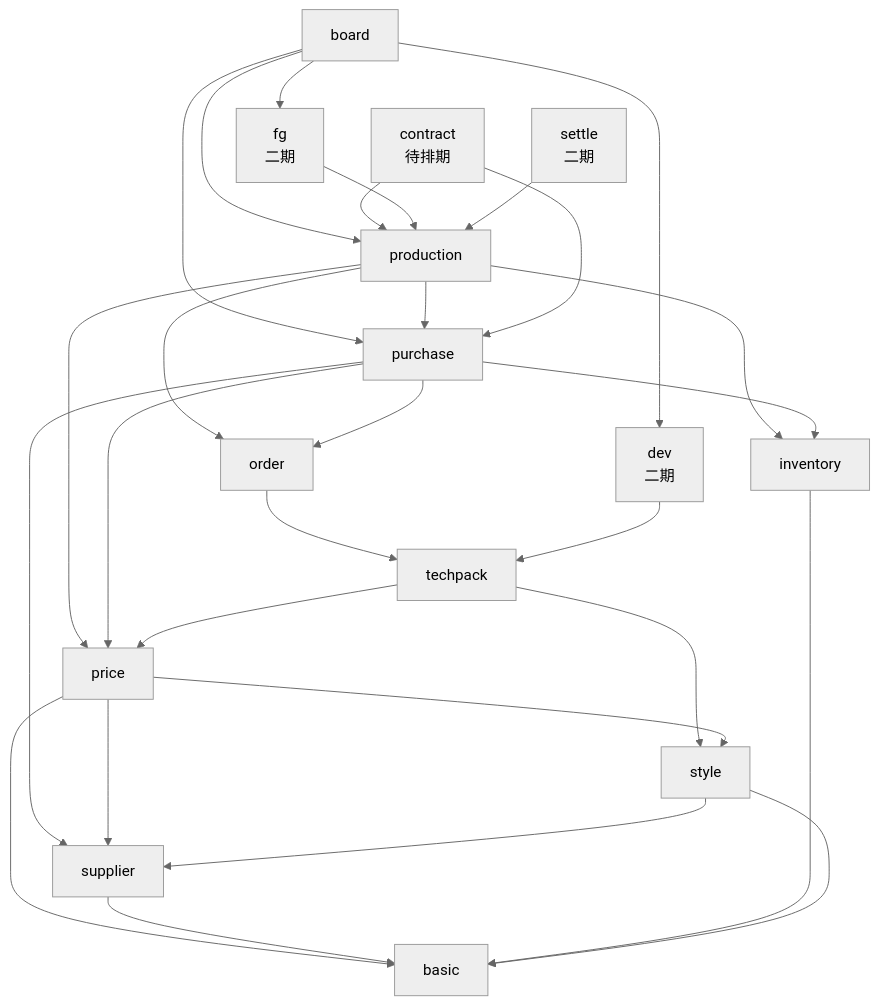
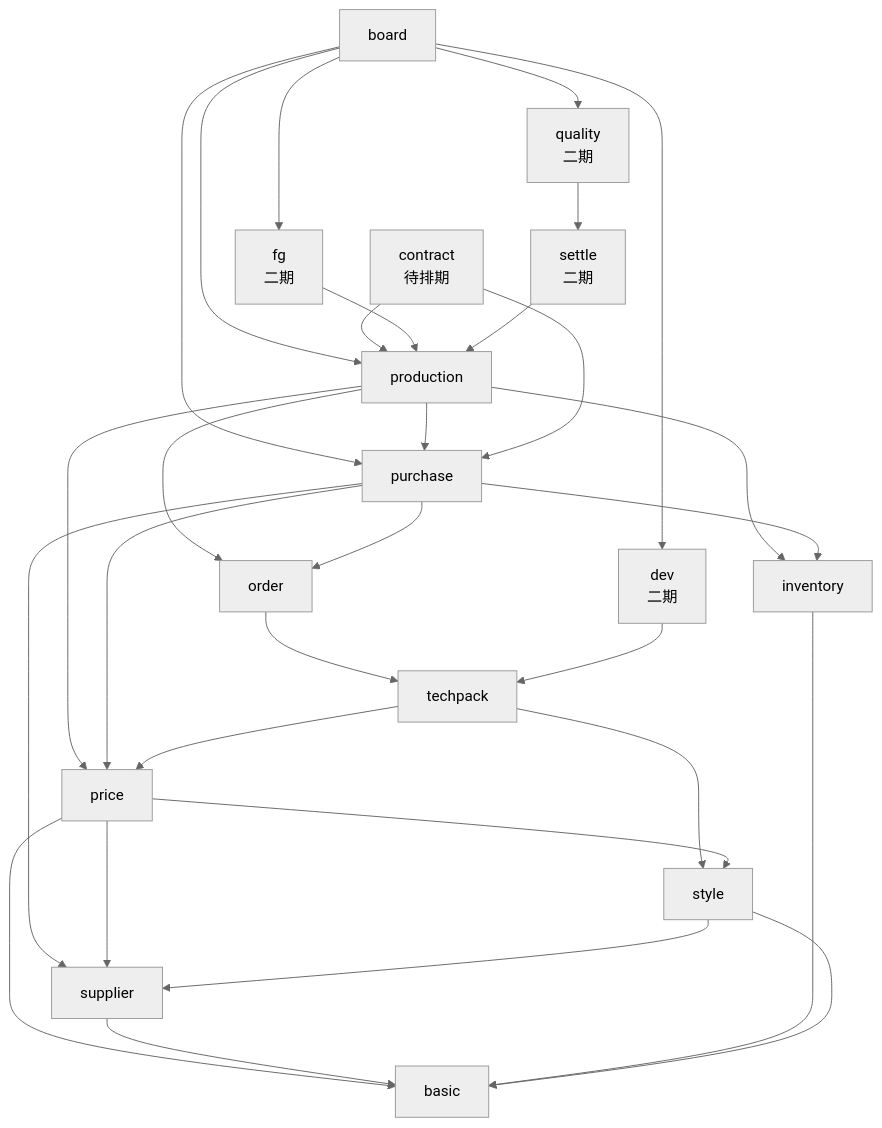
One commit to xiaoliangao/lingmao changed the second of 2 diagrams in docs/架构设计.md. Above: the diagram before and after it, drawn with Mermaid (neutral theme). The commit also changed other lines of this file and 57 other files, not shown here.

````diff
--- a/docs/架构设计.md
+++ b/docs/架构设计.md
@@ -130,30 +132,32 @@
 ```mermaid
 flowchart TB
   bd[board] --> prd[production]
   bd --> pur[purchase]
   prd --> pur
   ctr[contract<br/>待排期] --> prd
   fg[fg<br/>二期] --> prd
   stl[settle<br/>二期] --> prd
+  qc[quality<br/>二期] --> stl
+  bd --> qc
   ctr --> pur
   prd --> ord[order]
   prd --> inv[inventory]
   prd --> prc[price]
   pur --> inv
   pur --> sup[supplier]
   pur --> prc
   pur --> ord
   ord --> tp[techpack]
   dev[dev<br/>二期] --> tp
   bd --> dev
   bd --> fg
   tp --> sty[style]
   tp --> prc
   prc --> sup
   prc --> sty
   prc --> bas
   sty --> sup
   sup --> bas[basic]
   inv --> bas
   sty --> bas
 ```
````
